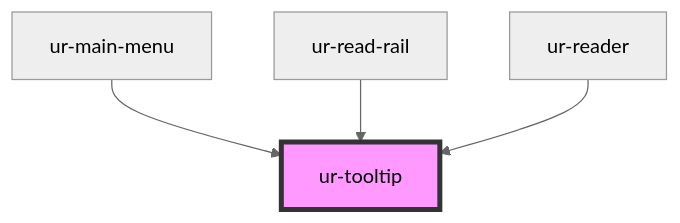
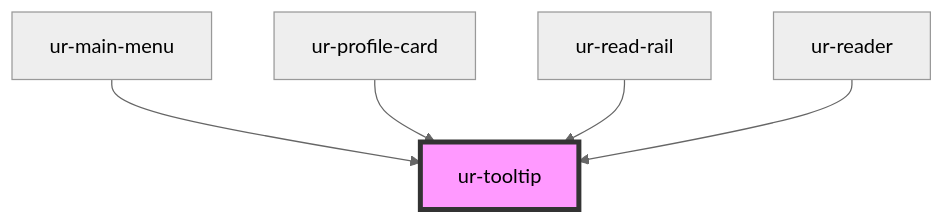
One commit to hellish/urnovl-web-components changed the diagram in src/components/ur-tooltip/readme.md. Above: the diagram before and after it, drawn with Mermaid (neutral theme). The commit also changed other lines of this file and 15 other files, not shown here.

````diff
--- a/src/components/ur-tooltip/readme.md
+++ b/src/components/ur-tooltip/readme.md
@@ -31,7 +32,8 @@
 ```mermaid
 graph TD;
   ur-main-menu --> ur-tooltip
+  ur-profile-card --> ur-tooltip
   ur-read-rail --> ur-tooltip
   ur-reader --> ur-tooltip
   style ur-tooltip fill:#f9f,stroke:#333,stroke-width:4px
 ```
````
